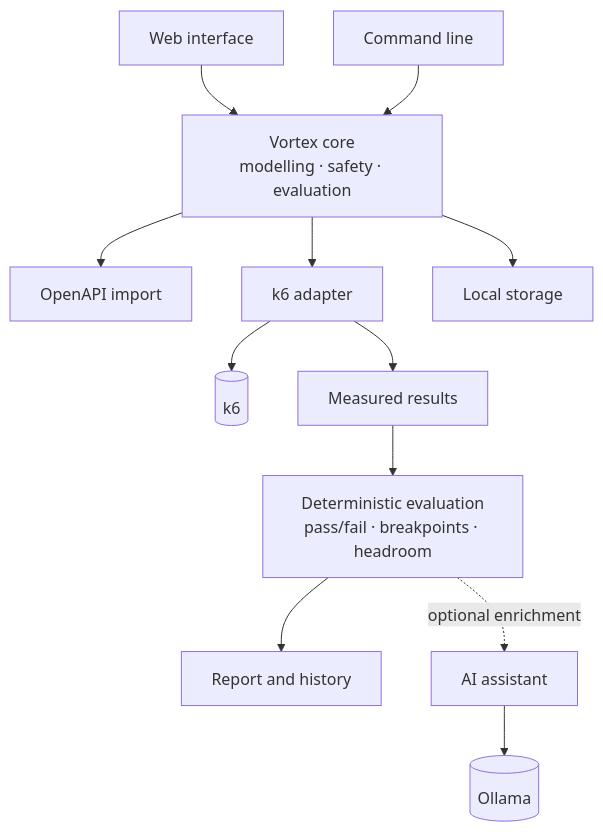
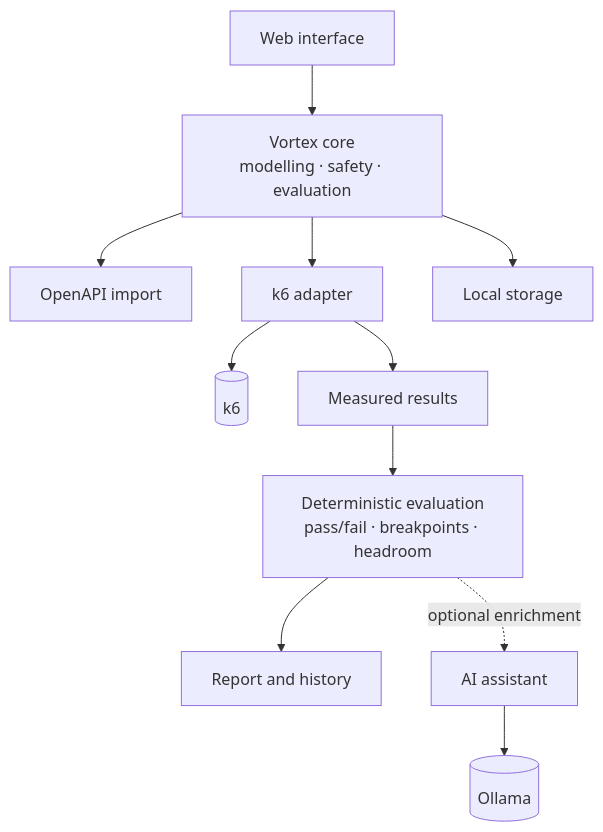
Before and after one commit to acltabontabon/vortex: the diagram in README.md, drawn with Mermaid. The commit also changed other lines of this file and 37 other files, not shown here.

````diff
--- a/README.md
+++ b/README.md
@@ -51,13 +51,12 @@
 ```mermaid
 flowchart TB
   UI[Web interface] --> CORE
-  CLI[Command line] --> CORE
   CORE[Vortex core<br/>modelling · safety · evaluation] --> OAI[OpenAPI import]
   CORE --> K6A[k6 adapter]
   CORE --> PER[Local storage]
   K6A --> K6[(k6)]
   K6A --> DET[Measured results]
   DET --> EVAL[Deterministic evaluation<br/>pass/fail · breakpoints · headroom]
   EVAL --> REPORT[Report and history]
   EVAL -. optional enrichment .-> AIA[AI assistant] --> OLL[(Ollama)]
 ```
````
